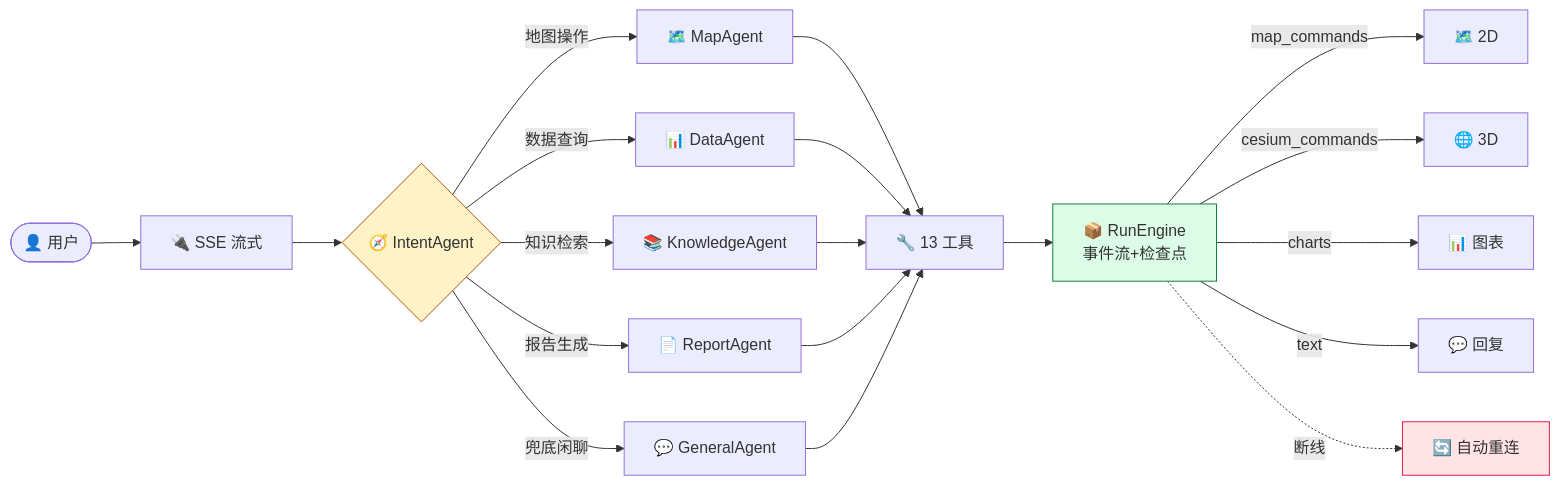
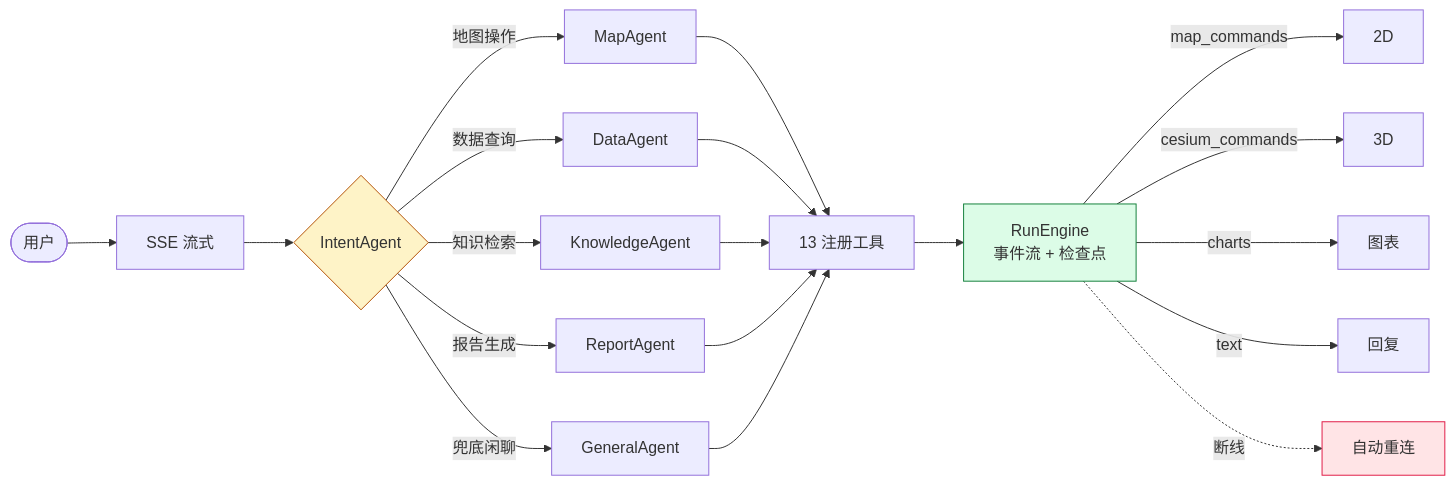
The second of 2 diagrams in README.md (PotatoH-cmd/Smart_Map), drawn with Mermaid before and after one commit. The commit also changed other lines of this file, not shown here.

````diff
--- a/README.md
+++ b/README.md
@@ -211,20 +189,20 @@
 ```mermaid
 flowchart LR
-    U(["👤 用户"]) --> SSE["🔌 SSE 流式"] --> I{"🧭 IntentAgent"}
-    I -->|"地图操作"| MA["🗺️ MapAgent"]
-    I -->|"数据查询"| DA["📊 DataAgent"]
-    I -->|"知识检索"| KA["📚 KnowledgeAgent"]
-    I -->|"报告生成"| RA["📄 ReportAgent"]
-    I -->|"兜底闲聊"| GA["💬 GeneralAgent"]
-    MA & DA & KA & RA & GA --> T["🔧 13 工具"]
-    T --> R["📦 RunEngine<br/>事件流+检查点"]
-    R -->|"map_commands"| M2D["🗺️ 2D"]
-    R -->|"cesium_commands"| M3D["🌐 3D"]
-    R -->|"charts"| CH["📊 图表"]
-    R -->|"text"| TX["💬 回复"]
-    R -.->|"断线"| RC["🔄 自动重连"]
+    U(["用户"]) --> SSE["SSE 流式"] --> I{"IntentAgent"}
+    I -->|地图操作| MA["MapAgent"]
+    I -->|数据查询| DA["DataAgent"]
+    I -->|知识检索| KA["KnowledgeAgent"]
+    I -->|报告生成| RA["ReportAgent"]
+    I -->|兜底闲聊| GA["GeneralAgent"]
+    MA & DA & KA & RA & GA --> T["13 注册工具"]
+    T --> R["RunEngine<br/>事件流 + 检查点"]
+    R -->|map_commands| M2D["2D"]
+    R -->|cesium_commands| M3D["3D"]
+    R -->|charts| CH["图表"]
+    R -->|text| TX["回复"]
+    R -.->|断线| RC["自动重连"]
 
     style I fill:#fef3c7,stroke:#b45309
     style R fill:#dcfce7,stroke:#15803d
     style RC fill:#ffe4e6,stroke:#e11d48
 ```
````
